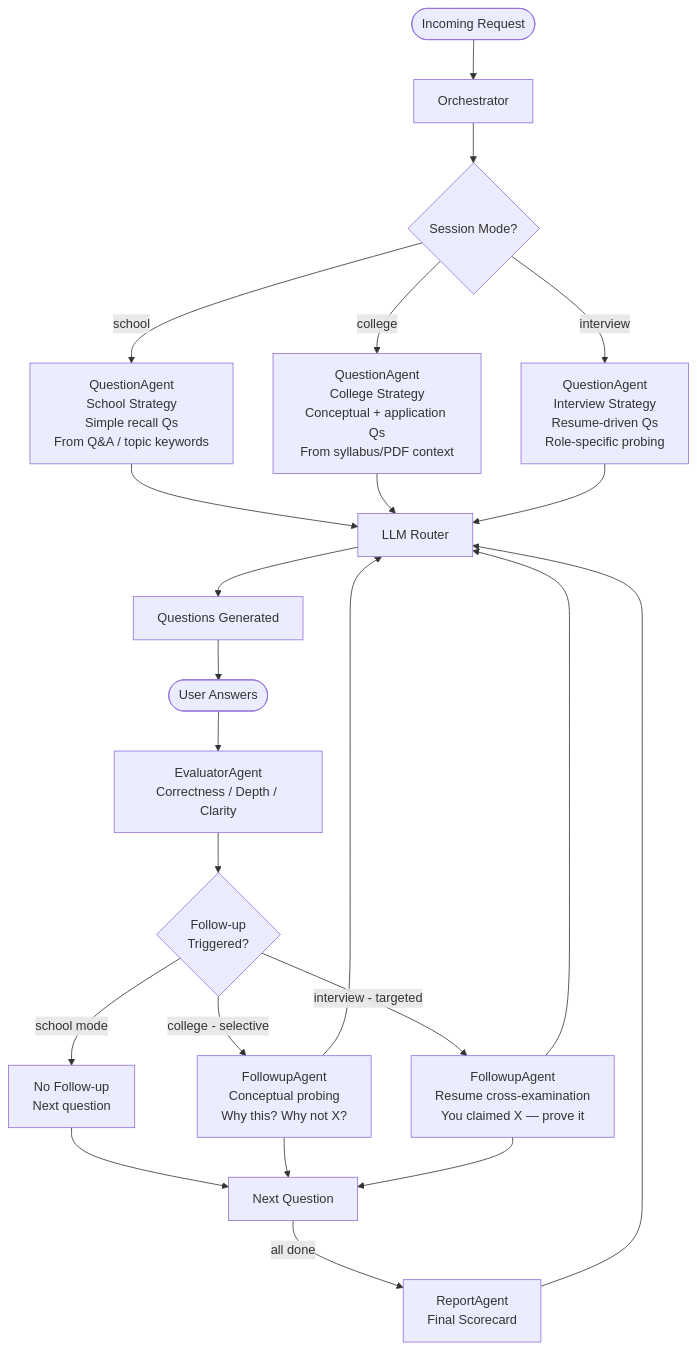
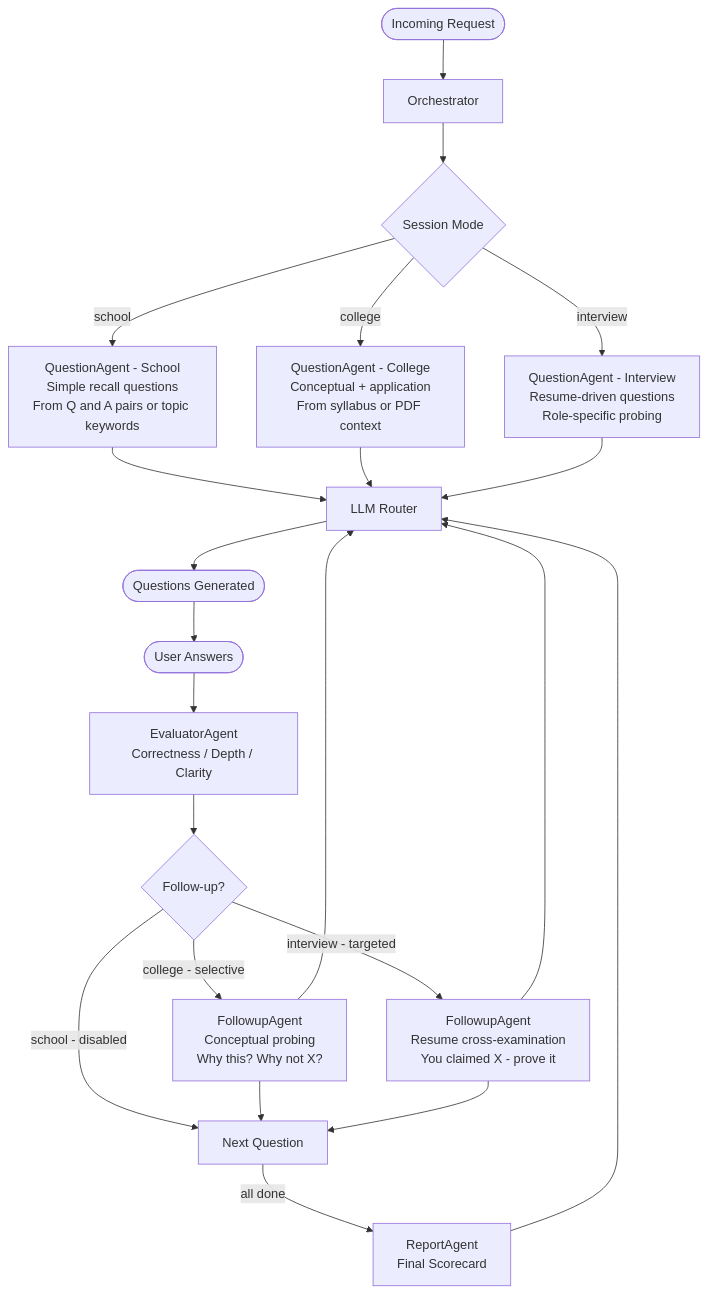
One commit to Anu7276/VIVORA changed the fourth of 8 diagrams in README.md. Above: the diagram before and after it, drawn with Mermaid. The commit also changed other lines of this file, not shown here.

Commit message:
fix: escape special chars in Mermaid diagrams - fix curly brace parse errors

````diff
--- a/README.md
+++ b/README.md
@@ -535,33 +484,30 @@
 ```mermaid
 flowchart TD
-    REQ([Incoming Request]) --> ORC[Orchestrator]
+    REQ(["Incoming Request"]) --> ORC["Orchestrator"]
+    ORC --> MODE{"Session Mode"}
 
-    ORC --> MODE{Session Mode?}
+    MODE -->|school| QAS["QuestionAgent - School\nSimple recall questions\nFrom Q and A pairs or topic keywords"]
+    MODE -->|college| QAC["QuestionAgent - College\nConceptual + application\nFrom syllabus or PDF context"]
+    MODE -->|interview| QAI["QuestionAgent - Interview\nResume-driven questions\nRole-specific probing"]
 
-    MODE -->|school| QA_S[QuestionAgent\nSchool Strategy\nSimple recall Qs\nFrom Q&A / topic keywords]
-    MODE -->|college| QA_C[QuestionAgent\nCollege Strategy\nConceptual + application Qs\nFrom syllabus/PDF context]
-    MODE -->|interview| QA_I[QuestionAgent\nInterview Strategy\nResume-driven Qs\nRole-specific probing]
+    QAS --> LLM["LLM Router"]
+    QAC --> LLM
+    QAI --> LLM
+    LLM --> QUES(["Questions Generated"])
 
-    QA_S --> LLM[LLM Router]
-    QA_C --> LLM
-    QA_I --> LLM
+    QUES --> ANS(["User Answers"])
+    ANS --> EVAL["EvaluatorAgent\nCorrectness / Depth / Clarity"]
+    EVAL --> FUQ{"Follow-up?"}
 
-    LLM --> QS[Questions Generated]
-    QS --> ANS([User Answers])
-    ANS --> EVAL[EvaluatorAgent\nCorrectness / Depth / Clarity]
-    EVAL --> FU{Follow-up\nTriggered?}
+    FUQ -->|"school - disabled"| NOFQ["Next Question"]
+    FUQ -->|"college - selective"| FAC["FollowupAgent\nConceptual probing\nWhy this? Why not X?"]
+    FUQ -->|"interview - targeted"| FAI["FollowupAgent\nResume cross-examination\nYou claimed X - prove it"]
 
-    FU -->|school mode| NO_FU[No Follow-up\nNext question]
-    FU -->|college - selective| FA_C[FollowupAgent\nConceptual probing\nWhy this? Why not X?]
-    FU -->|interview - targeted| FA_I[FollowupAgent\nResume cross-examination\nYou claimed X — prove it]
+    FAC --> LLM
+    FAI --> LLM
+    FAC --> NOFQ
+    FAI --> NOFQ
 
-    FA_C --> LLM
-    FA_I --> LLM
-
-    NO_FU --> NEXT[Next Question]
-    FA_C --> NEXT
-    FA_I --> NEXT
-
-    NEXT -->|all done| REPORT[ReportAgent\nFinal Scorecard]
+    NOFQ -->|"all done"| REPORT["ReportAgent\nFinal Scorecard"]
     REPORT --> LLM
 ```
````
